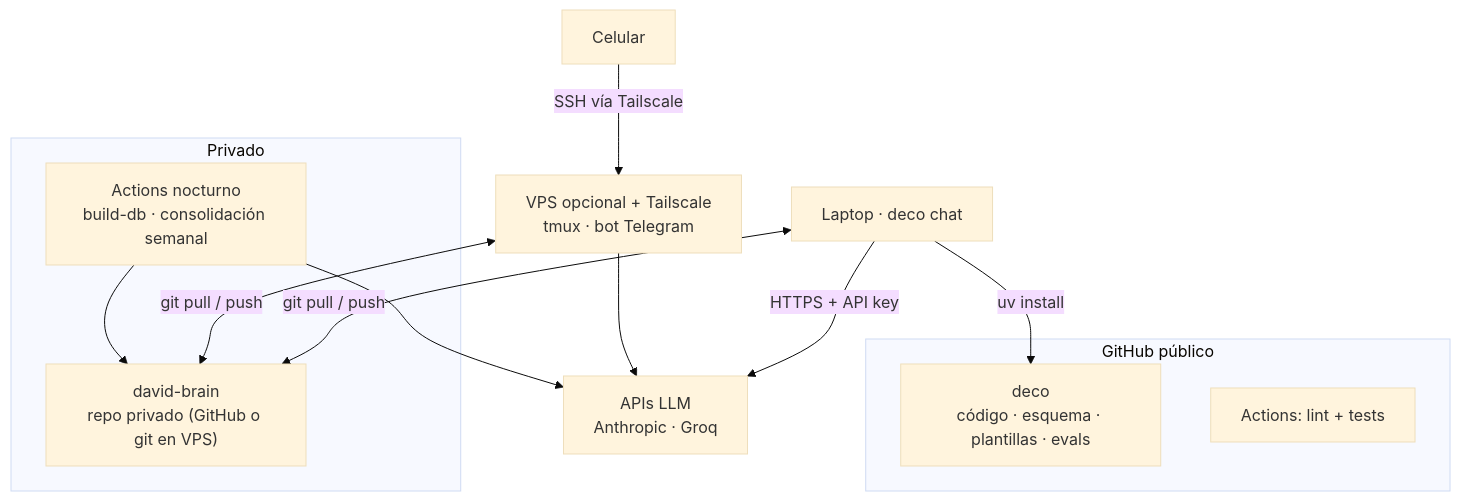
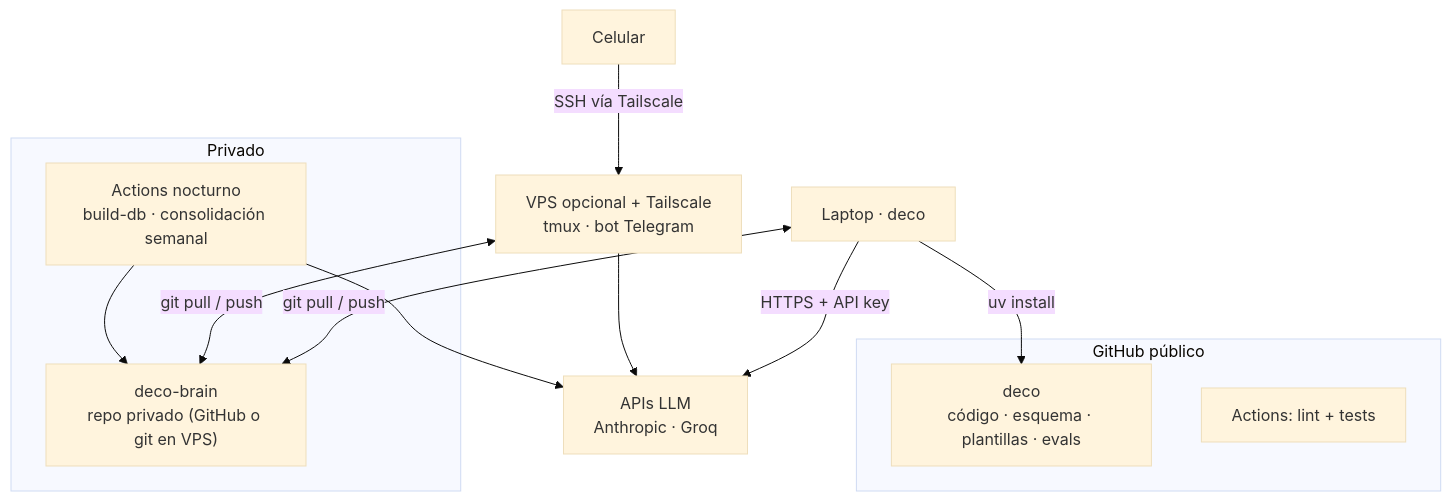
Before and after one commit to descandon88/deco: the second of 2 diagrams in README.md, drawn with Mermaid (base theme). The commit also changed other lines of this file, not shown here.

````diff
--- a/README.md
+++ b/README.md
@@ -55,19 +67,19 @@
 ```mermaid
 flowchart TB
   subgraph PUB["GitHub público"]
     CODE["deco<br/>código · esquema · plantillas · evals"]
     CI["Actions: lint + tests"]
   end
   subgraph PRIV["Privado"]
-    BRAIN["david-brain<br/>repo privado (GitHub o git en VPS)"]
+    BRAIN["deco-brain<br/>repo privado (GitHub o git en VPS)"]
     CRON["Actions nocturno<br/>build-db · consolidación semanal"]
   end
-  LAPTOP["Laptop · deco chat"] -->|uv install| CODE
+  LAPTOP["Laptop · deco"] -->|uv install| CODE
   LAPTOP <-->|git pull / push| BRAIN
   VPS["VPS opcional + Tailscale<br/>tmux · bot Telegram"] <-->|git pull / push| BRAIN
   PHONE[Celular] -->|SSH vía Tailscale| VPS
   CRON --> BRAIN
   LAPTOP -->|HTTPS + API key| APIS["APIs LLM<br/>Anthropic · Groq"]
   VPS --> APIS
   CRON --> APIS
 ```
````
